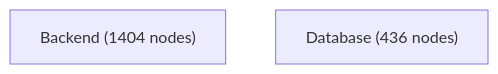
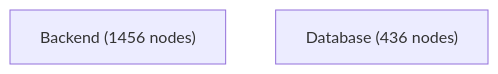
Before and after one commit to jankneumann/agentic-coding-tools: the diagram in docs/architecture-analysis/views/containers.mmd, drawn with Mermaid. The commit also changed 13 other files, not shown here.

```diff
--- a/docs/architecture-analysis/views/containers.mmd
+++ b/docs/architecture-analysis/views/containers.mmd
@@ -1,3 +1,3 @@
 flowchart TB
-    Backend["Backend (1404 nodes)"]
+    Backend["Backend (1456 nodes)"]
     Database["Database (436 nodes)"]
```
